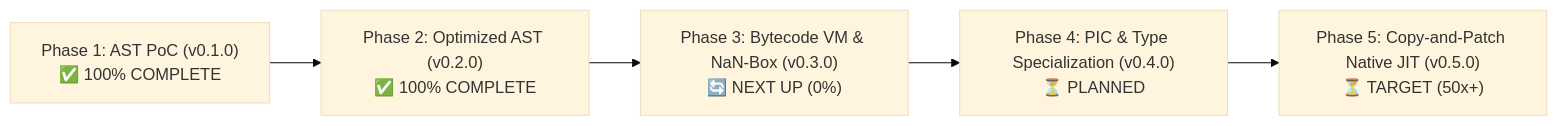
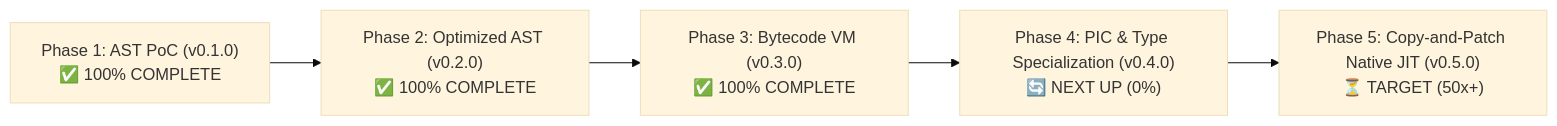
One commit to babar-xagi/zython- changed the diagram in developer_doc/roadmap.md. Above: the diagram before and after it, drawn with Mermaid (base theme). The commit also changed other lines of this file and 9 other files, not shown here.

First line of the commit message:
feat: implement Phase 3 flat linear bytecode compiler and virtual machine

````diff
--- a/developer_doc/roadmap.md
+++ b/developer_doc/roadmap.md
@@ -9,7 +9,7 @@
 ```mermaid
 flowchart LR
     P1["Phase 1: AST PoC (v0.1.0)<br>✅ 100% COMPLETE"] --> P2["Phase 2: Optimized AST (v0.2.0)<br>✅ 100% COMPLETE"]
-    P2 --> P3["Phase 3: Bytecode VM & NaN-Box (v0.3.0)<br>🔄 NEXT UP (0%)"]
-    P3 --> P4["Phase 4: PIC & Type Specialization (v0.4.0)<br>⏳ PLANNED"]
+    P2 --> P3["Phase 3: Bytecode VM (v0.3.0)<br>✅ 100% COMPLETE"]
+    P3 --> P4["Phase 4: PIC & Type Specialization (v0.4.0)<br>🔄 NEXT UP (0%)"]
     P4 --> P5["Phase 5: Copy-and-Patch Native JIT (v0.5.0)<br>⏳ TARGET (50x+)"]
 ```
````
